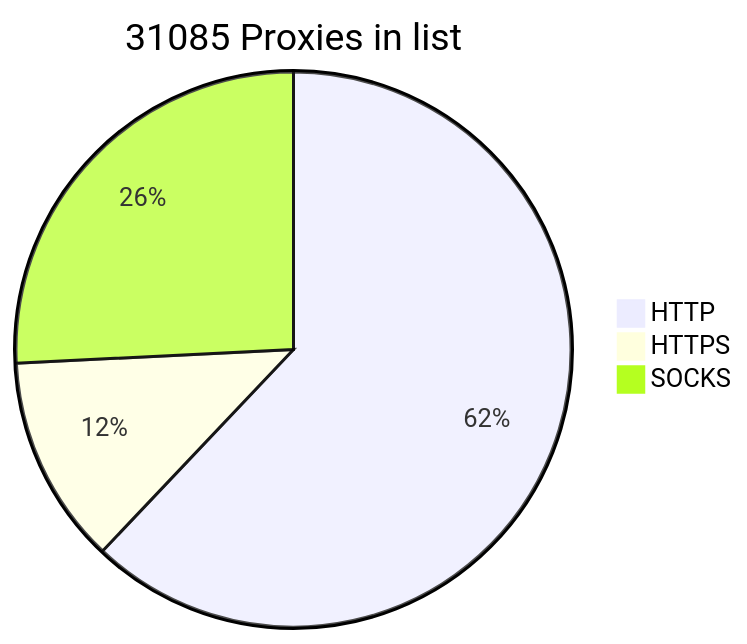
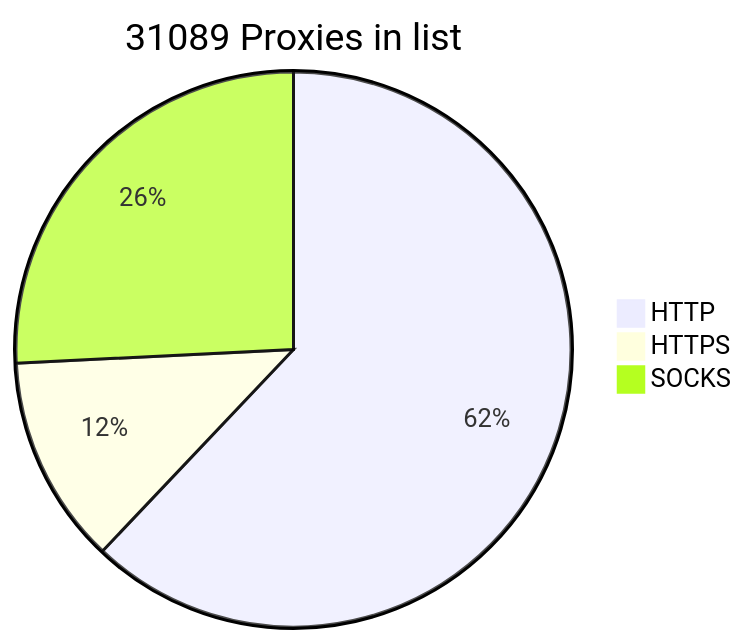
The diagram in README.md (BlackSnowDot/proxylist-update-every-minute), drawn with Mermaid before and after one commit.

````diff
--- a/README.md
+++ b/README.md
@@ -2,6 +2,6 @@
 ```mermaid
-pie title 31085 Proxies in list
-    "HTTP" : 21220
-    "HTTPS": 4152
-    "SOCKS" : 8814
+pie title 31089 Proxies in list
+    "HTTP" : 21224
+    "HTTPS": 4153
+    "SOCKS" : 8816
 ```
````
